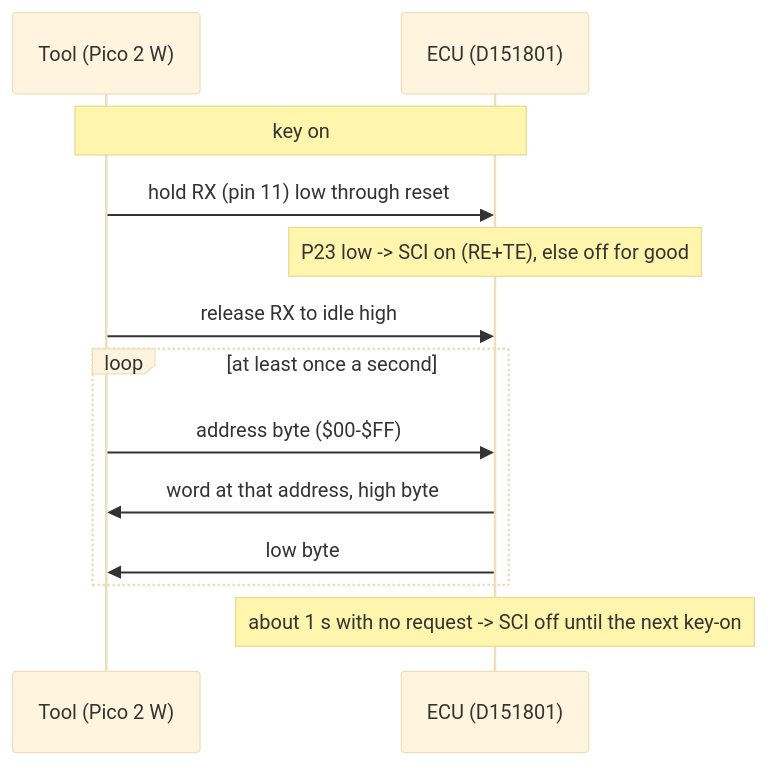
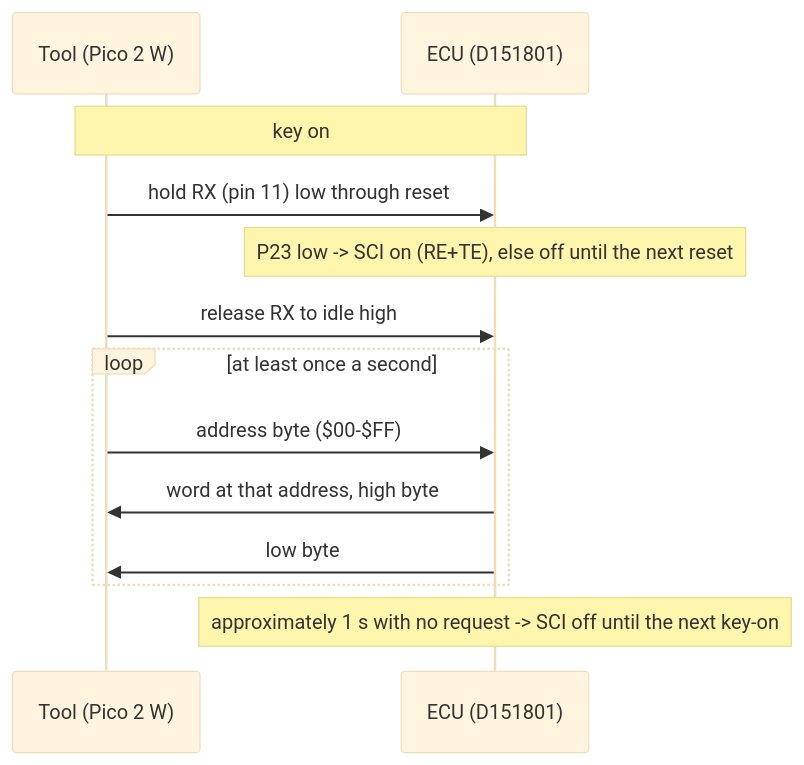
One commit to kurt-culley/Toyota-PCM-hacking changed the first of 3 diagrams in docs/mr2/serial_link.md. Above: the diagram before and after it, drawn with Mermaid (base theme). The commit also changed other lines of this file and 153 other files, not shown here.

````diff
--- a/docs/mr2/serial_link.md
+++ b/docs/mr2/serial_link.md
@@ -13,15 +16,15 @@
 ```mermaid
 sequenceDiagram
   participant T as Tool (Pico 2 W)
   participant E as ECU (D151801)
   Note over T,E: key on
   T->>E: hold RX (pin 11) low through reset
-  Note over E: P23 low -> SCI on (RE+TE), else off for good
+  Note over E: P23 low -> SCI on (RE+TE), else off until the next reset
   T->>E: release RX to idle high
   loop at least once a second
     T->>E: address byte ($00-$FF)
     E->>T: word at that address, high byte
     E->>T: low byte
   end
-  Note over E: about 1 s with no request -> SCI off until the next key-on
+  Note over E: approximately 1 s with no request -> SCI off until the next key-on
 ```
````
